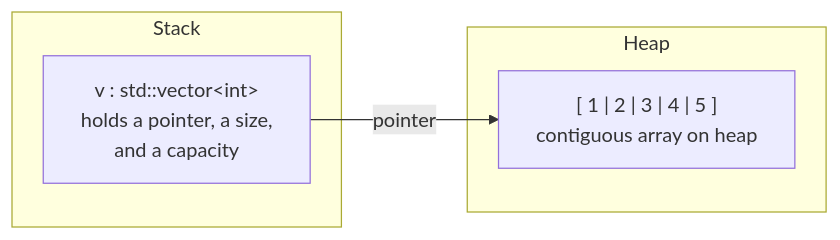
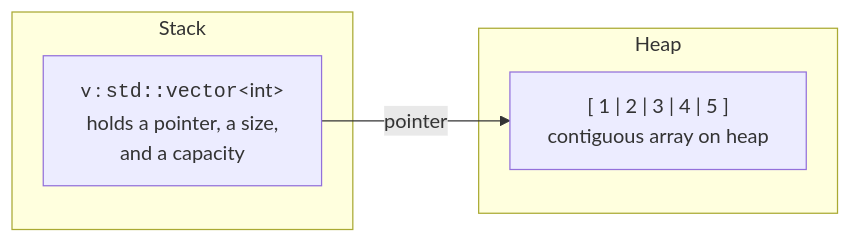
Before and after one commit to dataslope/dataslope: the third of 3 diagrams in content/learn/from-zero-to-cpp/memory-model.mdx, drawn with Mermaid. The commit also changed 153 other files, not shown here.

First line of the commit message:
Render code-only mermaid shapes in monospace; convert step sequences to Steps

````diff
--- a/content/learn/from-zero-to-cpp/memory-model.mdx
+++ b/content/learn/from-zero-to-cpp/memory-model.mdx
@@ -196,10 +196,10 @@
 ```mermaid
 flowchart LR
     subgraph Stack
-        V[v : std::vector&lt;int&gt;<br/>holds a pointer, a size,<br/>and a capacity]
+        V["v : <code>std::vector</code>&lt;int&gt;<br/>holds a pointer, a size,<br/>and a capacity"]
     end
     subgraph Heap
         A["[ 1 | 2 | 3 | 4 | 5 ]<br/>contiguous array on heap"]
     end
     V -- pointer --> A
 ```
````
